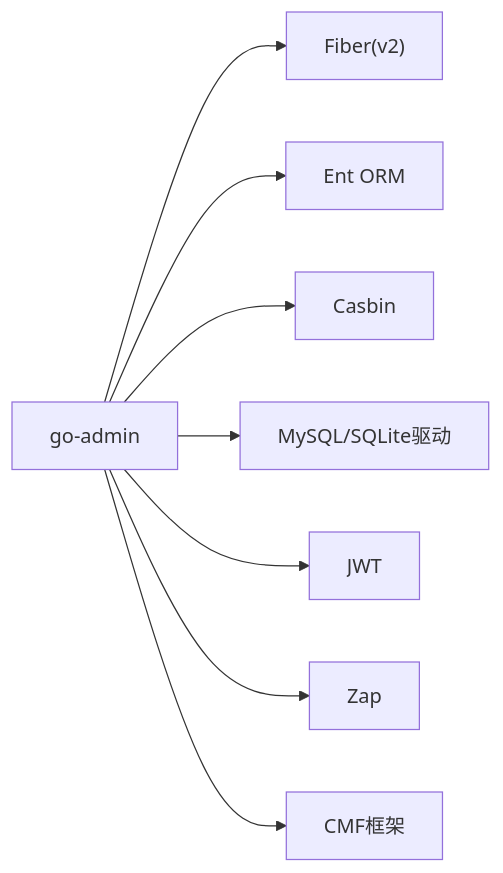
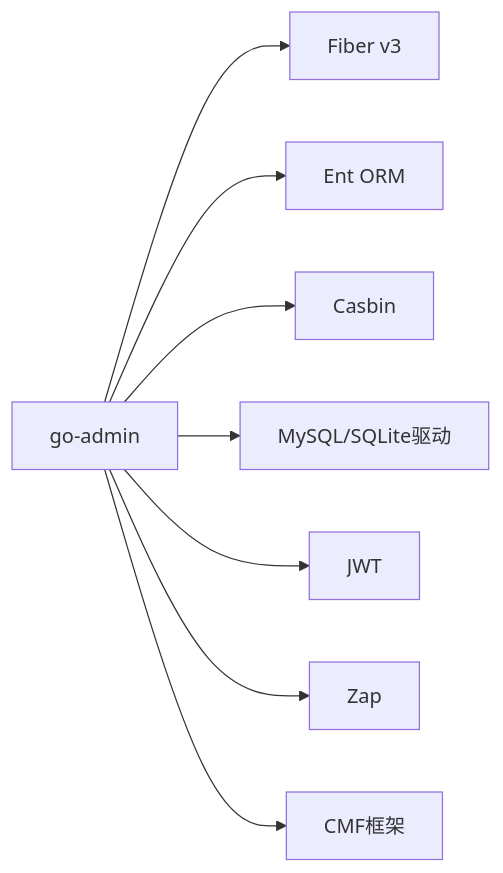
The fifth of 5 diagrams in .qoder/repowiki/zh/content/项目概述/快速开始.md (wuwuseo/e-sports-go-admin), drawn with Mermaid before and after one commit. The commit also changed other lines of this file and 42 other files, not shown here.

````diff
--- a/.qoder/repowiki/zh/content/项目概述/快速开始.md
+++ b/.qoder/repowiki/zh/content/项目概述/快速开始.md
@@ -207,10 +210,10 @@
 ```mermaid
 graph LR
-A["go-admin"] --> B["Fiber(v2)"]
+A["go-admin"] --> B["Fiber v3"]
 A --> C["Ent ORM"]
 A --> D["Casbin"]
 A --> E["MySQL/SQLite驱动"]
 A --> F["JWT"]
 A --> G["Zap"]
 A --> H["CMF框架"]
 ```
````
